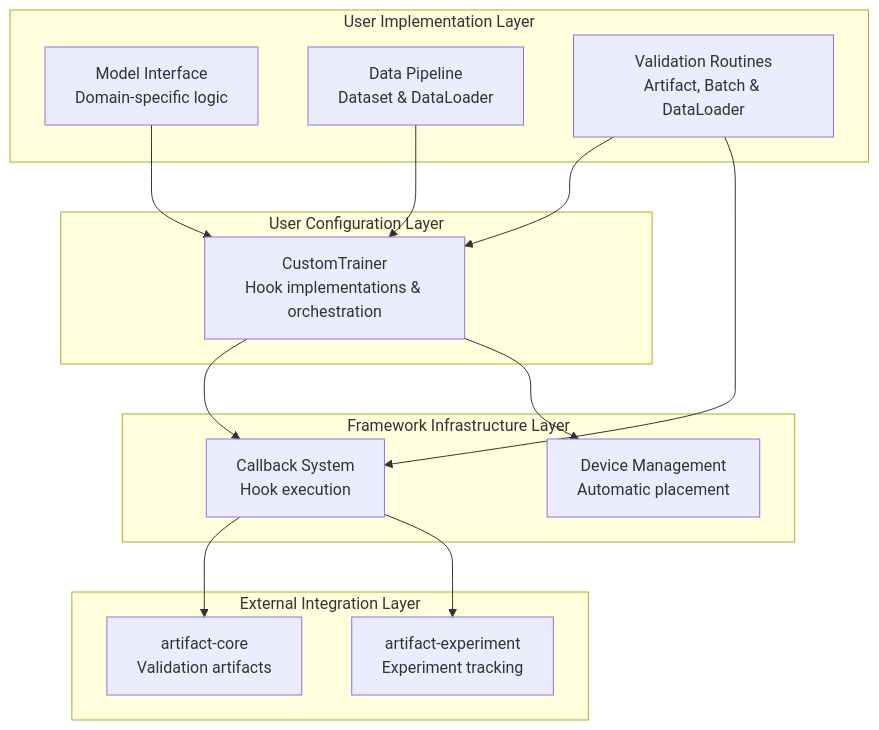
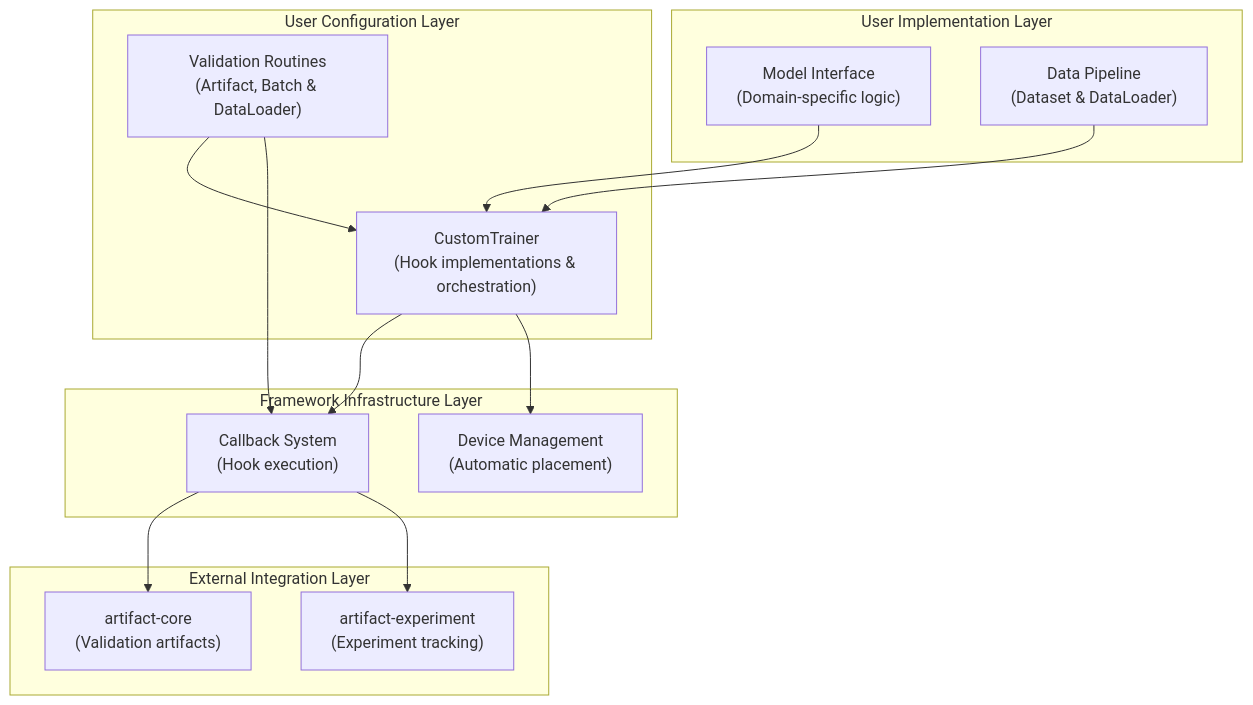
One commit to vasileios-ektor-papoulias/artifact-ml changed the diagram in artifact-torch/README.md. Above: the diagram before and after it, drawn with Mermaid.

Commit message:
Update diagram

````diff
--- a/artifact-torch/README.md
+++ b/artifact-torch/README.md
@@ -30,33 +30,33 @@
 ```mermaid
 graph TB
     subgraph "User Implementation Layer"
-        Model["Model Interface<br/>Domain-specific logic"]
-        Data["Data Pipeline<br/>Dataset & DataLoader"]
-        Routines["Validation Routines<br/>Artifact, Batch & DataLoader"]
+        Model["Model Interface<br/>(Domain-specific logic)"]
+        Data["Data Pipeline<br/>(Dataset & DataLoader)"]
     end
     
     subgraph "User Configuration Layer"
-        Trainer["CustomTrainer<br/>Hook implementations & orchestration"]
+        Trainer["CustomTrainer<br/>(Hook implementations & orchestration)"]
+        Routines["Validation Routines<br/>(Artifact, Batch & DataLoader)"]
     end
     
     subgraph "Framework Infrastructure Layer"
-        Callbacks["Callback System<br/>Hook execution"]
-        Device["Device Management<br/>Automatic placement"]
+        Callbacks["Callback System<br/>(Hook execution)"]
+        Device["Device Management<br/>(Automatic placement)"]
     end
     
     subgraph "External Integration Layer"
-        ArtifactCore["artifact-core<br/>Validation artifacts"]
-        ArtifactExp["artifact-experiment<br/>Experiment tracking"]
+        ArtifactCore["artifact-core<br/>(Validation artifacts)"]
+        ArtifactExp["artifact-experiment<br/>(Experiment tracking)"]
     end
     
     Model --> Trainer
     Data --> Trainer
     Routines --> Trainer
     Routines --> Callbacks
     
     Trainer --> Callbacks
     Trainer --> Device
     
     Callbacks --> ArtifactCore
     Callbacks --> ArtifactExp
 ```
````
